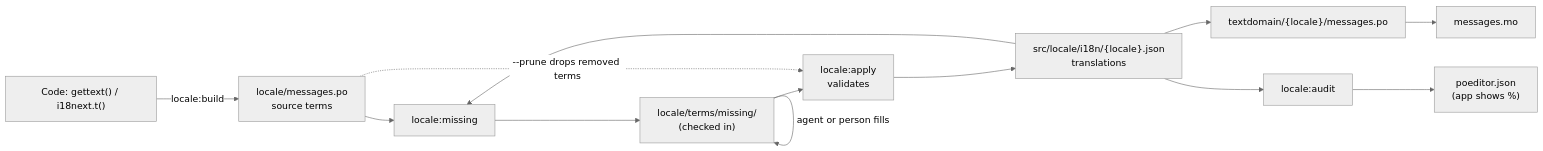
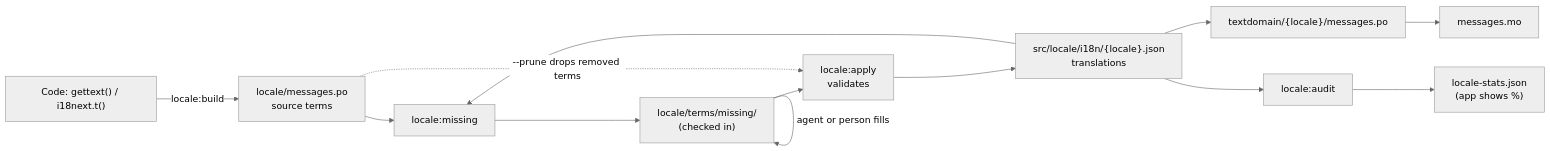
The first of 3 diagrams in docs/maintainers/locale-design.md (ChurchCRM/CRM), drawn with Mermaid (neutral theme) before and after one commit. The commit also changed other lines of this file and 37 other files, not shown here.

````diff
--- a/docs/maintainers/locale-design.md
+++ b/docs/maintainers/locale-design.md
@@ -52,14 +43,14 @@
 ```mermaid
 flowchart LR
     code["Code: gettext() / i18next.t()"] -->|locale:build| src["locale/messages.po<br/>source terms"]
     src --> miss["locale:missing"]
     json["src/locale/i18n/{locale}.json<br/>translations"] --> miss
     miss --> batch["locale/terms/missing/<br/>(checked in)"]
     batch -->|agent or person fills| batch
     batch --> apply["locale:apply<br/>validates"]
     apply --> json
     json --> po["textdomain/{locale}/messages.po"]
     po --> mo["messages.mo"]
     src -. "--prune drops removed terms" .-> apply
-    json --> audit["locale:audit"] --> stats["poeditor.json<br/>(app shows %)"]
+    json --> audit["locale:audit"] --> stats["locale-stats.json<br/>(app shows %)"]
 ```
````
